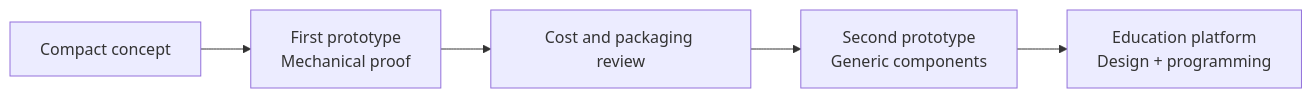
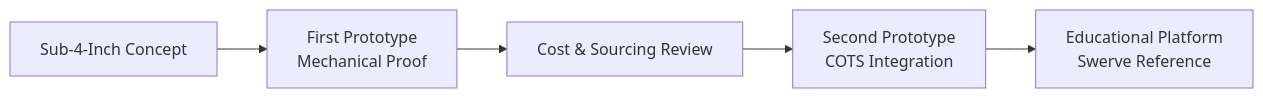
One commit to AloeVeraZ/coax-swerve-FTC changed the diagram in README.md. Above: the diagram before and after it, drawn with Mermaid. The commit also changed other lines of this file, not shown here.

````diff
--- a/README.md
+++ b/README.md
@@ -94,7 +70,7 @@
 ```mermaid
 flowchart LR
-    A["Compact concept"] --> B["First prototype<br/>Mechanical proof"]
-    B --> C["Cost and packaging review"]
-    C --> D["Second prototype<br/>Generic components"]
-    D --> E["Education platform<br/>Design + programming"]
+    A["Sub-4-Inch Concept"] --> B["First Prototype<br/>Mechanical Proof"]
+    B --> C["Cost & Sourcing Review"]
+    C --> D["Second Prototype<br/>COTS Integration"]
+    D --> E["Educational Platform<br/>Swerve Reference"]
 ```
````
